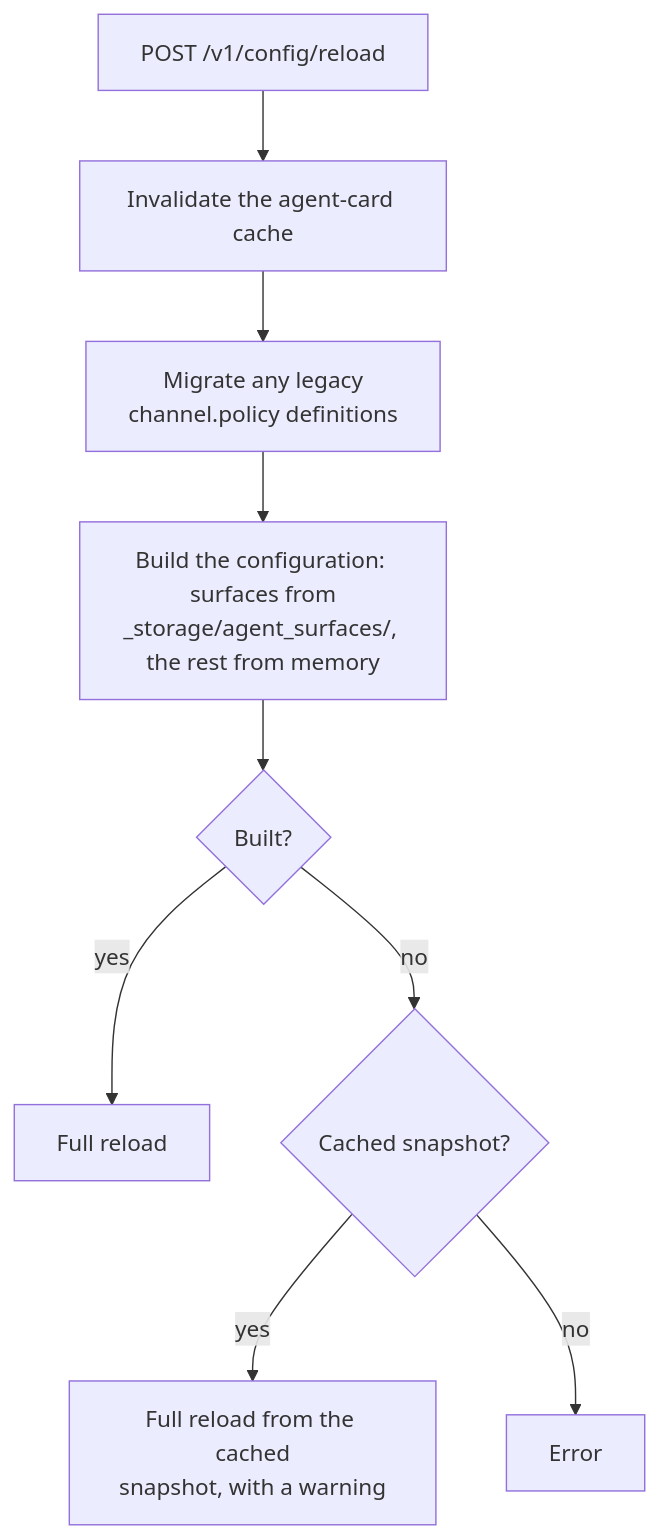
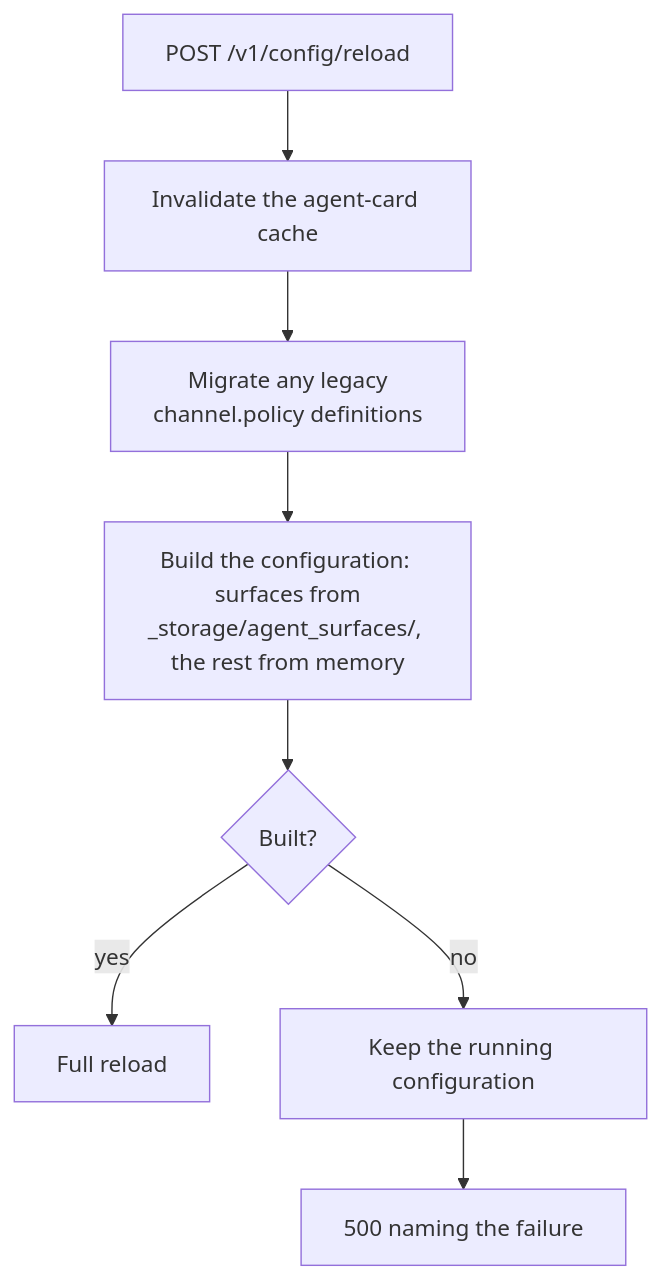
The diagram in docs/CONFIGURATION_RELOAD.md (affinidi-ai/agent-gateway), drawn with Mermaid before and after one commit. The commit also changed other lines of this file and 9 other files, not shown here.

````diff
--- a/docs/CONFIGURATION_RELOAD.md
+++ b/docs/CONFIGURATION_RELOAD.md
@@ -67,11 +67,9 @@
 ```mermaid
 flowchart TD
     P["POST /v1/config/reload"] --> C[Invalidate the agent-card cache]
     C --> M["Migrate any legacy<br/>channel.policy definitions"]
     M --> L["Build the configuration: surfaces from<br/>_storage/agent_surfaces/, the rest from memory"]
     L --> OK{Built?}
     OK -- yes --> R[Full reload]
-    OK -- no --> CC{Cached snapshot?}
-    CC -- yes --> RC["Full reload from the cached<br/>snapshot, with a warning"]
-    CC -- no --> E[Error]
+    OK -- no --> K["Keep the running configuration"] --> E["500 naming the failure"]
 ```
````
